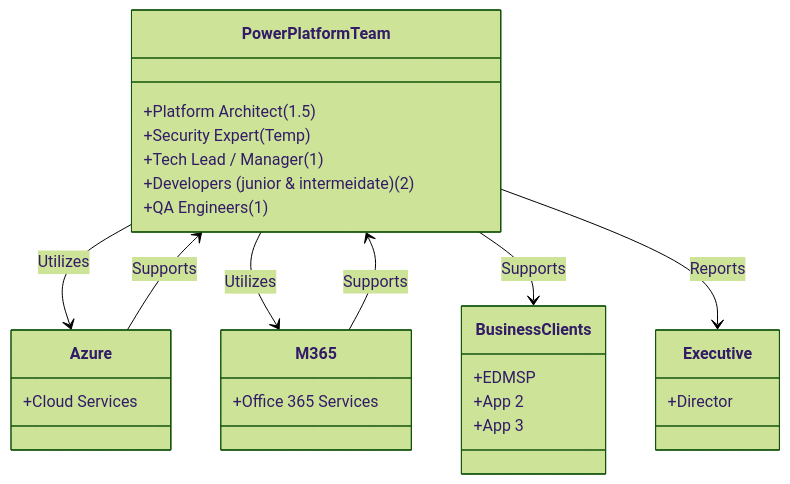
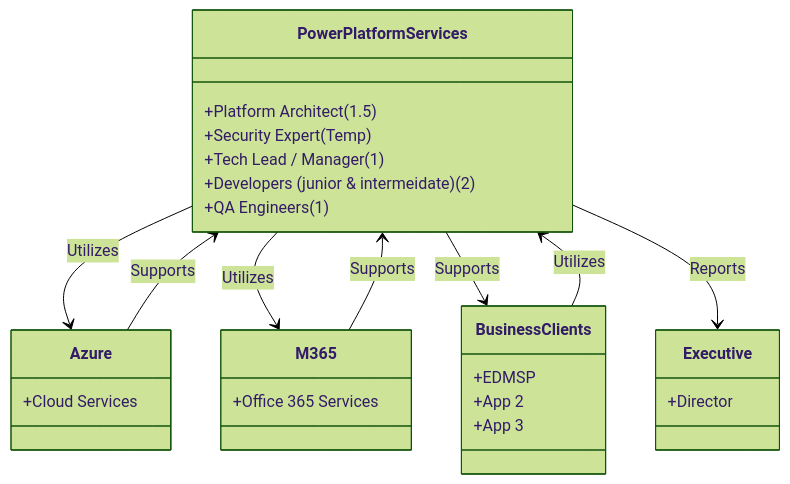
One commit to Cloudstrucc/Public changed the seventh of 7 diagrams in README.md. Above: the diagram before and after it, drawn with Mermaid (forest theme).

````diff
--- a/README.md
+++ b/README.md
@@ -334,30 +334,31 @@
 ```mermaid
 classDiagram
-  class PowerPlatformTeam {
+  class PowerPlatformServices {
     +Platform Architect (1.5)
     +Security Expert (Temp)
     +Tech Lead / Manager (1)
     +Developers (junior & intermeidate) (2)
     +QA Engineers (1)
   }
   class Azure {
     +Cloud Services
   }
   class Executive {
     +Director
   }
   class M365 {
     +Office 365 Services
   }
   class BusinessClients {
     +EDMSP
     +App 2
     +App 3
   }
-  PowerPlatformTeam --> Azure : Utilizes
-  PowerPlatformTeam --> M365 : Utilizes
-  Azure --> PowerPlatformTeam : Supports
-  M365 --> PowerPlatformTeam : Supports
-  PowerPlatformTeam --> BusinessClients : Supports
-  PowerPlatformTeam --> Executive : Reports
+  PowerPlatformServices --> Azure : Utilizes
+  PowerPlatformServices --> M365 : Utilizes
+  Azure --> PowerPlatformServices : Supports
+  M365 --> PowerPlatformServices : Supports
+  PowerPlatformServices --> BusinessClients : Supports
+  BusinessClients --> PowerPlatformServices : Utilizes
+  PowerPlatformServices --> Executive : Reports
 ```
````
